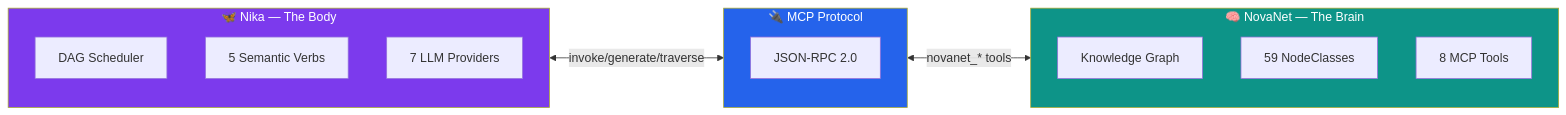
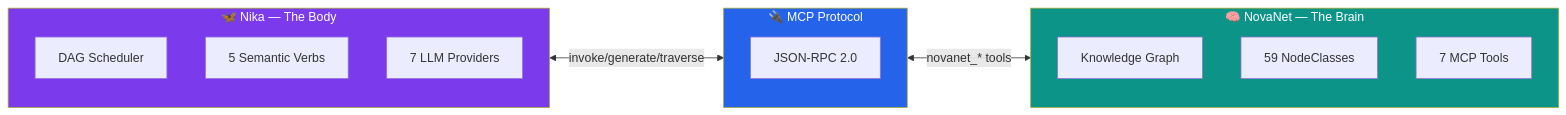
The second of 4 diagrams in docs/vision/00-README.md (supernovae-st/nika), drawn with Mermaid before and after one commit. The commit also changed 6 other files, not shown here.

````diff
--- a/docs/vision/00-README.md
+++ b/docs/vision/00-README.md
@@ -63,25 +63,25 @@
 ```mermaid
 flowchart LR
     subgraph KNOWING["🧠 NovaNet — The Brain"]
         KG[Knowledge Graph]
         ENT[59 NodeClasses]
-        MCP_S[8 MCP Tools]
+        MCP_S[7 MCP Tools]
     end
 
     subgraph DOING["🦋 Nika — The Body"]
         DAG[DAG Scheduler]
         VERBS[5 Semantic Verbs]
         PROV[7 LLM Providers]
     end
 
     subgraph CONNECTING["🔌 MCP Protocol"]
         PROTO[JSON-RPC 2.0]
     end
 
     DOING <-->|invoke/generate/traverse| CONNECTING
     CONNECTING <-->|novanet_* tools| KNOWING
 
     style KNOWING fill:#0d9488,color:#fff
     style DOING fill:#7c3aed,color:#fff
     style CONNECTING fill:#2563eb,color:#fff
 ```
````
